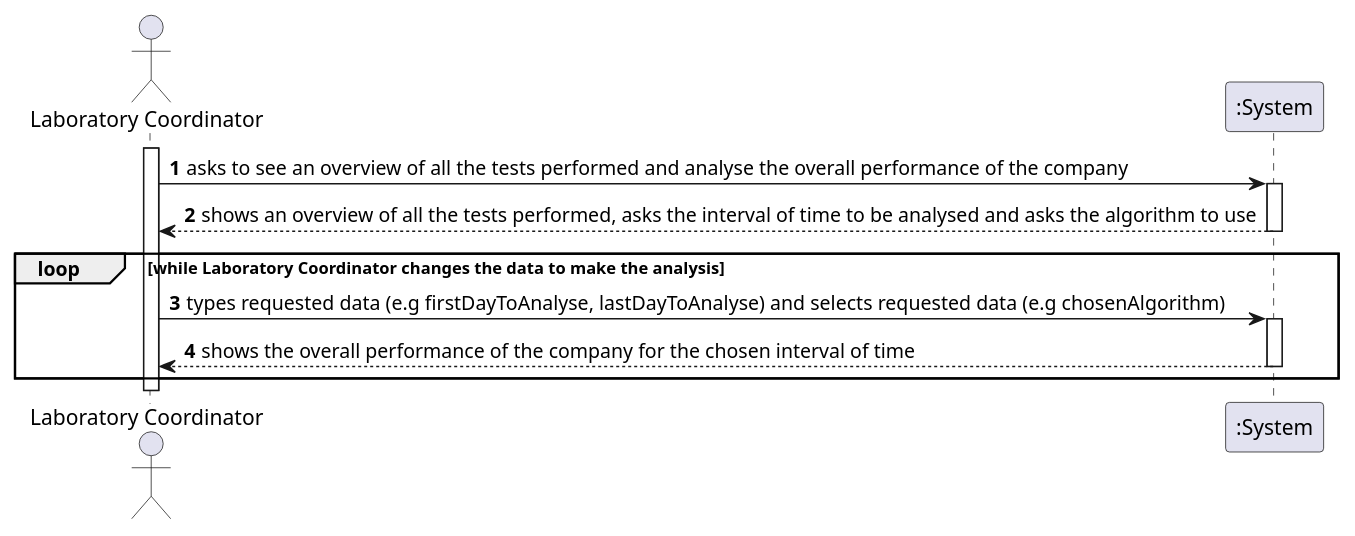
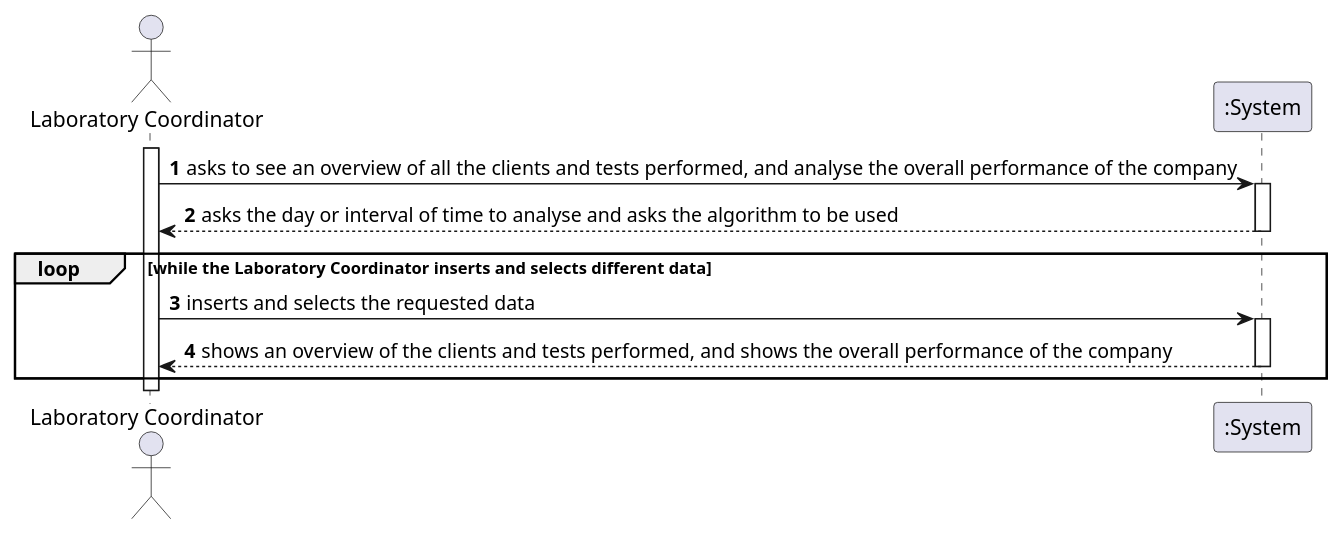
One commit to ana-albergaria/LAPR2-ISEP changed the diagram in docs/SprintD/US_16/US16_SSD.puml. Above: the diagram before and after it, drawn with PlantUML. The commit also changed 4 other files, not shown here.

```diff
--- a/docs/SprintD/US_16/US16_SSD.puml
+++ b/docs/SprintD/US_16/US16_SSD.puml
@@ -1,18 +1,18 @@
 @startuml
 autonumber
 actor "Laboratory Coordinator" as LC
 
 activate LC
-LC-> ":System" : asks to see an overview of all the tests performed and analyse the overall performance of the company
+LC-> ":System" : asks to see an overview of all the clients and tests performed, and analyse the overall performance of the company
 activate ":System"
-":System" --> LC : shows an overview of all the tests performed, asks the interval of time to be analysed and asks the algorithm to use
+":System" --> LC : asks the day or interval of time to analyse and asks the algorithm to be used
 deactivate ":System"
 
-loop while Laboratory Coordinator changes the data to make the analysis
-LC-> ":System" : types requested data (e.g firstDayToAnalyse, lastDayToAnalyse) and selects requested data (e.g chosenAlgorithm)
+loop while the Laboratory Coordinator inserts and selects different data
+LC-> ":System" : inserts and selects the requested data
 activate ":System"
-":System" --> LC : shows the overall performance of the company for the chosen interval of time
+":System" --> LC : shows an overview of the clients and tests performed, and shows the overall performance of the company
 deactivate ":System"
 end
 
 @enduml
```
